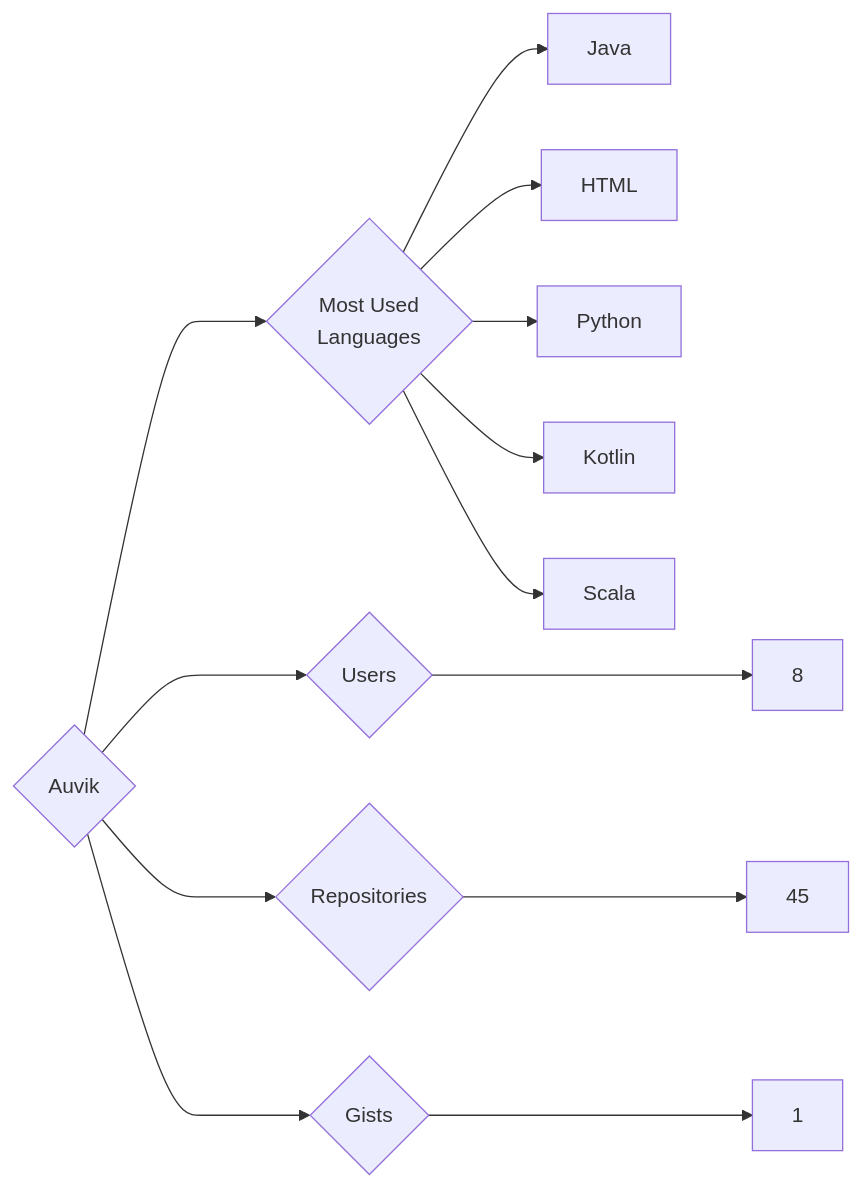
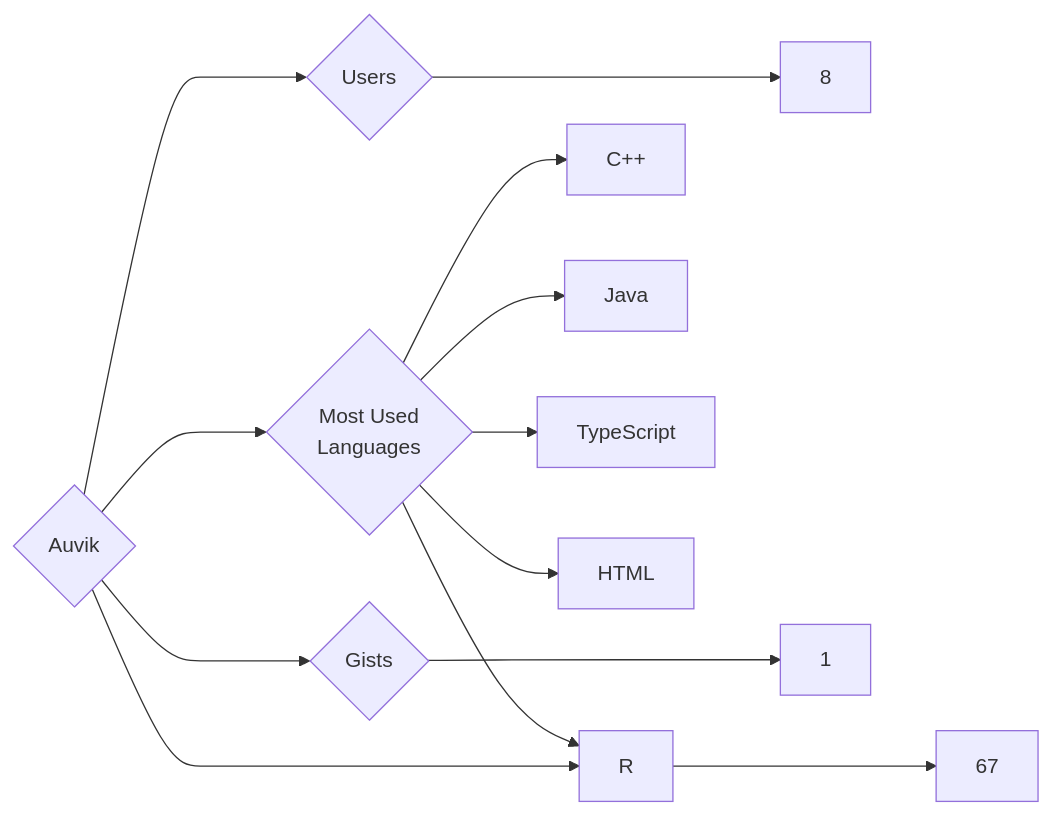
One commit to trickest/insiders changed the diagram in targets/Auvik/README.md. Above: the diagram before and after it, drawn with Mermaid. The commit also changed 894 other files, not shown here.

````diff
--- a/targets/Auvik/README.md
+++ b/targets/Auvik/README.md
@@ -3,13 +3,13 @@
 ```mermaid
 graph LR
 COMPANY_NAME{Auvik}
 COMPANY_NAME ---> U{Users} ---> UN[8]
-COMPANY_NAME ---> R{Repositories} ---> RN[45]
+COMPANY_NAME ---> R{Repositories} ---> RN[67]
 COMPANY_NAME ---> G{Gists} ---> GN[1]
 COMPANY_NAME ---> ML{Most Used<br>Languages}
+ML --> C++[C++]
 ML --> Java[Java]
+ML --> TypeScript[TypeScript]
 ML --> HTML[HTML]
-ML --> Python[Python]
-ML --> Kotlin[Kotlin]
-ML --> Scala[Scala]
+ML --> R[R]
 ```
````
